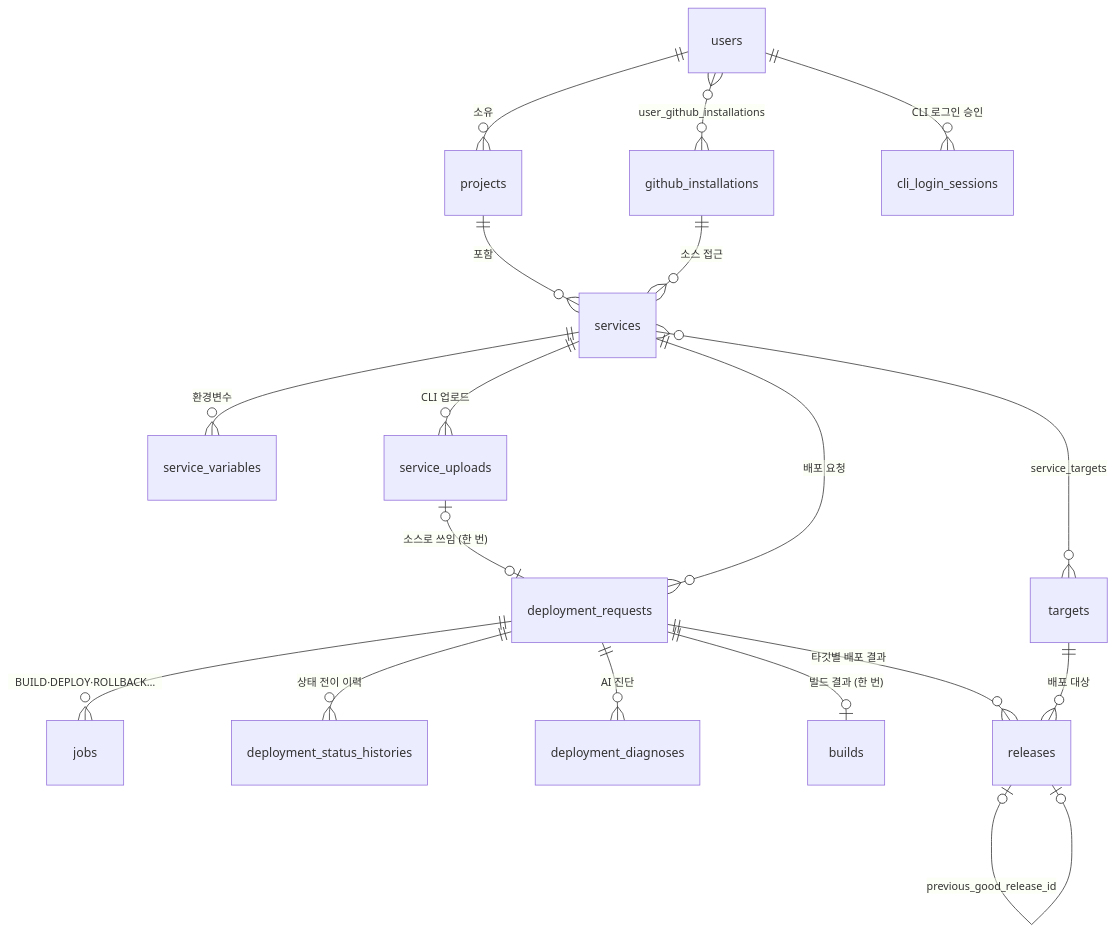
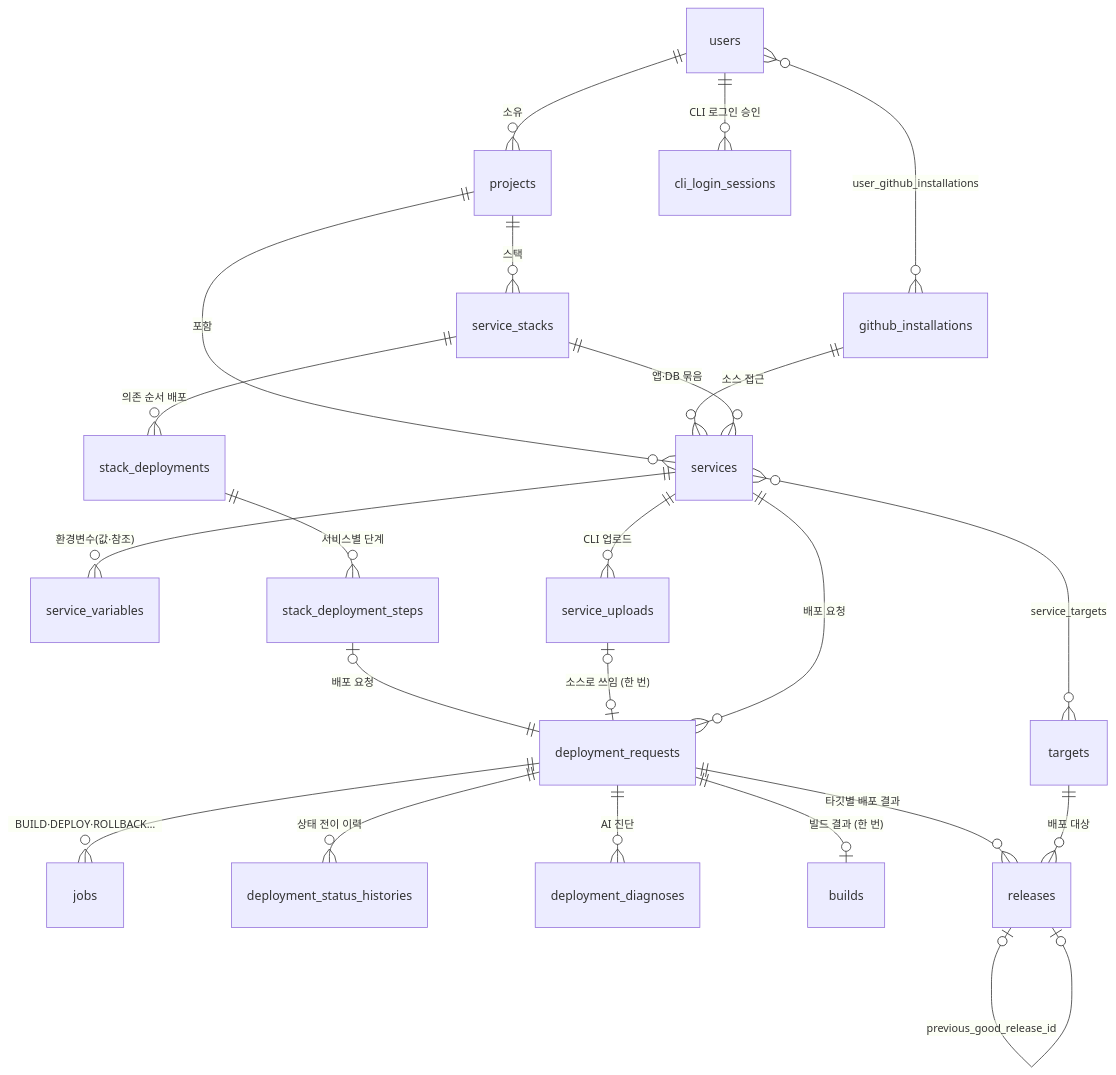
The diagram in .claude/rules/term-dictionary.md (2026-softbank-1/iris-was), drawn with Mermaid before and after one commit. The commit also changed other lines of this file and 72 other files, not shown here.

````diff
--- a/.claude/rules/term-dictionary.md
+++ b/.claude/rules/term-dictionary.md
@@ -46,20 +46,25 @@
 ```mermaid
 erDiagram
   users ||--o{ projects : "소유"
   users }o--o{ github_installations : "user_github_installations"
   users ||--o{ cli_login_sessions : "CLI 로그인 승인"
   projects ||--o{ services : "포함"
   github_installations ||--o{ services : "소스 접근"
   services }o--o{ targets : "service_targets"
-  services ||--o{ service_variables : "환경변수"
+  services ||--o{ service_variables : "환경변수(값·참조)"
+  projects ||--o{ service_stacks : "스택"
+  service_stacks ||--o{ services : "앱·DB 묶음"
+  service_stacks ||--o{ stack_deployments : "의존 순서 배포"
+  stack_deployments ||--o{ stack_deployment_steps : "서비스별 단계"
+  stack_deployment_steps |o--|| deployment_requests : "배포 요청"
   services ||--o{ service_uploads : "CLI 업로드"
   service_uploads |o--o| deployment_requests : "소스로 쓰임 (한 번)"
   services ||--o{ deployment_requests : "배포 요청"
   deployment_requests ||--o{ jobs : "BUILD·DEPLOY·ROLLBACK…"
   deployment_requests ||--o{ deployment_status_histories : "상태 전이 이력"
   deployment_requests ||--o{ deployment_diagnoses : "AI 진단"
   deployment_requests ||--o| builds : "빌드 결과 (한 번)"
   deployment_requests ||--o{ releases : "타깃별 배포 결과"
   targets ||--o{ releases : "배포 대상"
   releases |o--o| releases : "previous_good_release_id"
 ```
````
